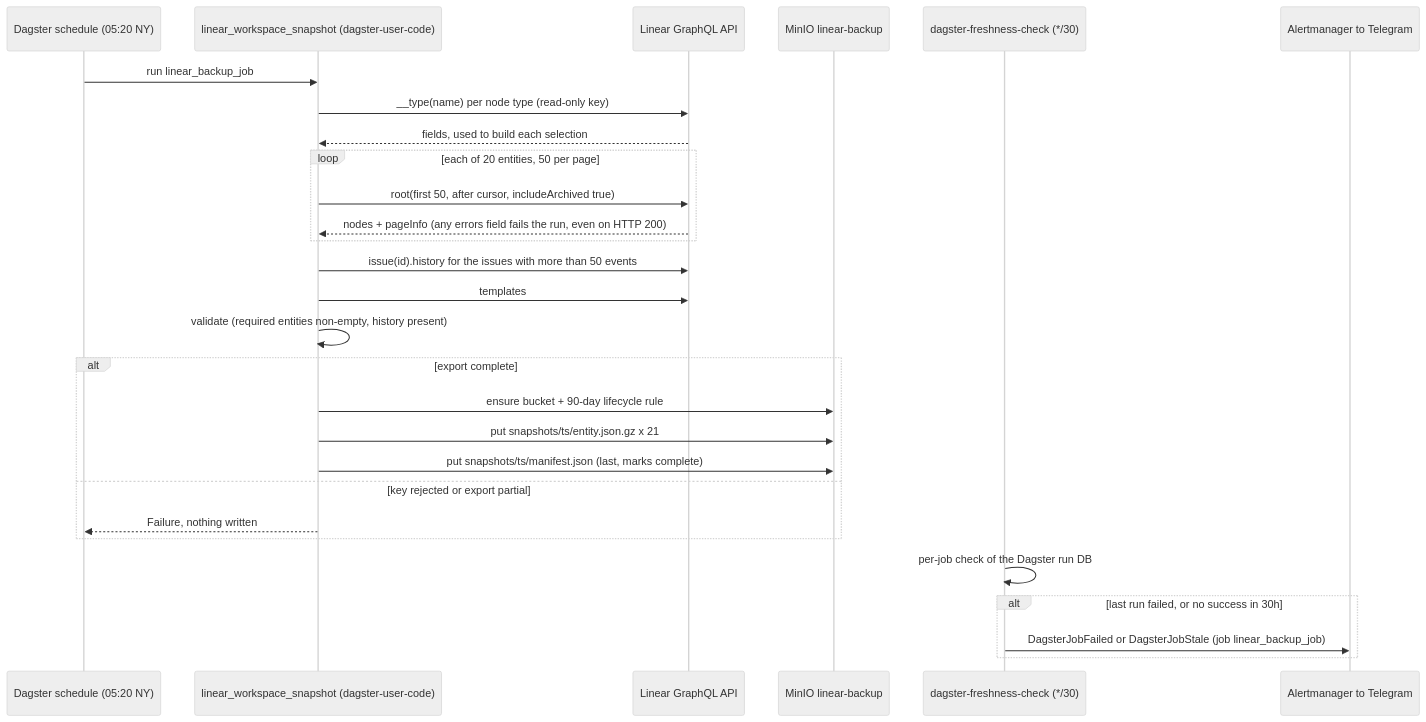
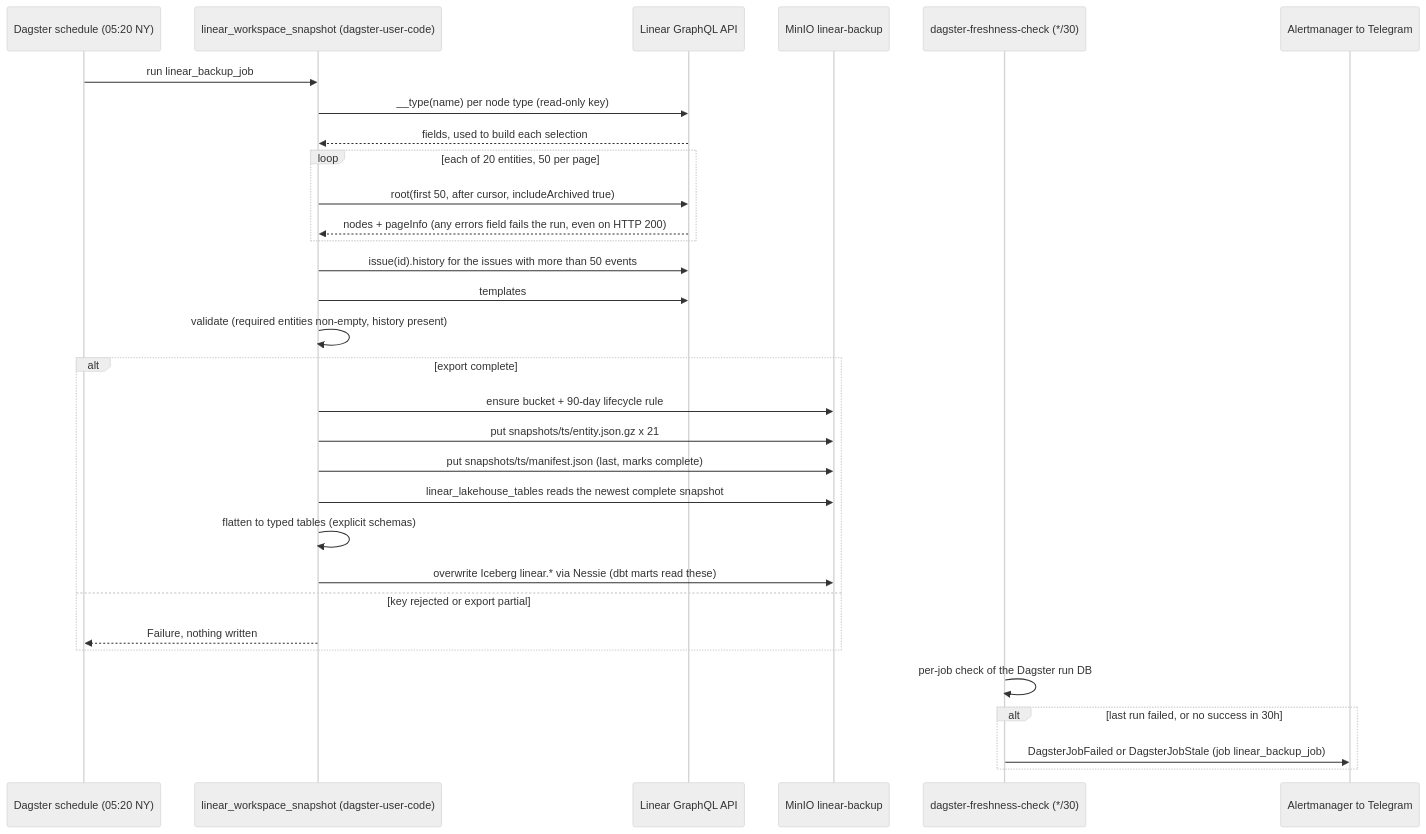
One commit to edtbl76/weyland-lab changed the first of 2 diagrams in docs/diagrams/flow-linear-backup.md. Above: the diagram before and after it, drawn with Mermaid (neutral theme). The commit also changed 8 other files, not shown here.

First line of the commit message:
Integrate Linear Lakehouse Tables and Marts

````diff
--- a/docs/diagrams/flow-linear-backup.md
+++ b/docs/diagrams/flow-linear-backup.md
@@ -10,30 +10,33 @@
 ```mermaid
 sequenceDiagram
     participant S as Dagster schedule (05:20 NY)
     participant A as linear_workspace_snapshot (dagster-user-code)
     participant L as Linear GraphQL API
     participant M as MinIO linear-backup
     participant W as dagster-freshness-check (*/30)
     participant AM as Alertmanager to Telegram
     S->>A: run linear_backup_job
     A->>L: __type(name) per node type (read-only key)
     L-->>A: fields, used to build each selection
     loop each of 20 entities, 50 per page
         A->>L: root(first 50, after cursor, includeArchived true)
         L-->>A: nodes + pageInfo (any errors field fails the run, even on HTTP 200)
     end
     A->>L: issue(id).history for the issues with more than 50 events
     A->>L: templates
     A->>A: validate (required entities non-empty, history present)
     alt export complete
         A->>M: ensure bucket + 90-day lifecycle rule
         A->>M: put snapshots/ts/entity.json.gz x 21
         A->>M: put snapshots/ts/manifest.json (last, marks complete)
+        A->>M: linear_lakehouse_tables reads the newest complete snapshot
+        A->>A: flatten to typed tables (explicit schemas)
+        A->>M: overwrite Iceberg linear.* via Nessie (dbt marts read these)
     else key rejected or export partial
         A-->>S: Failure, nothing written
     end
     W->>W: per-job check of the Dagster run DB
     alt last run failed, or no success in 30h
         W->>AM: DagsterJobFailed or DagsterJobStale (job linear_backup_job)
     end
 ```
````
